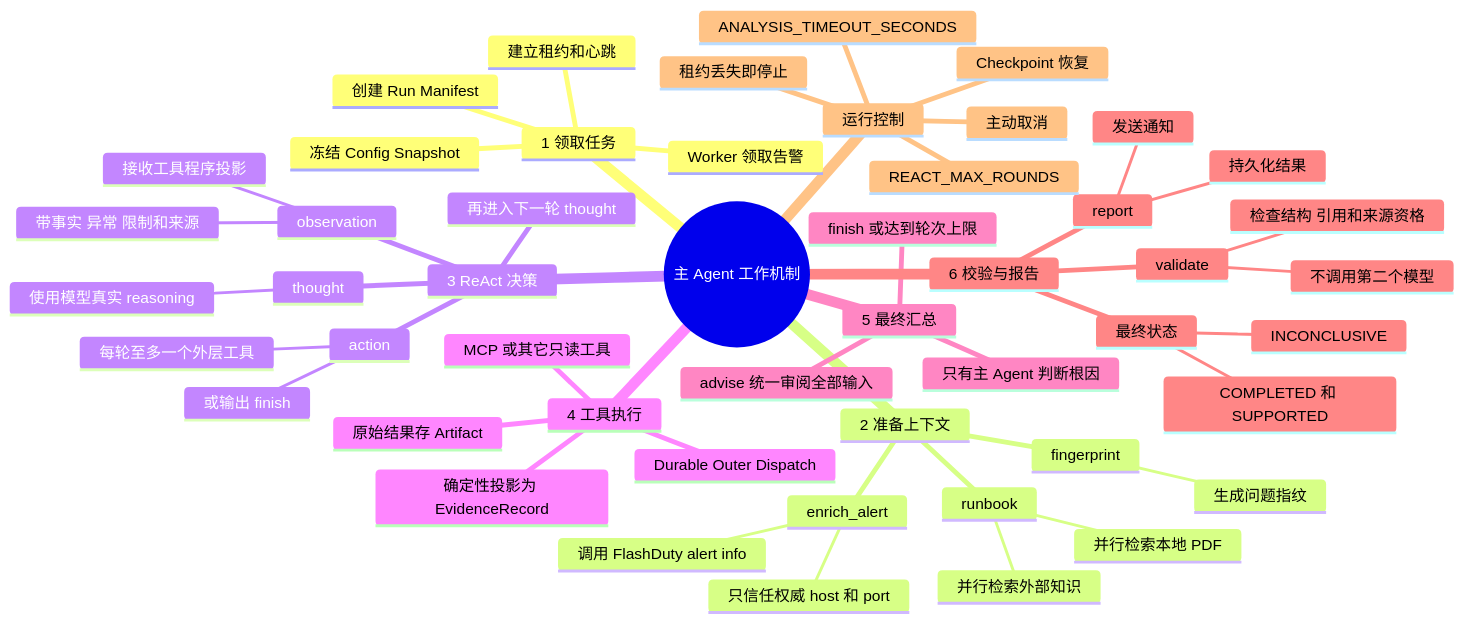
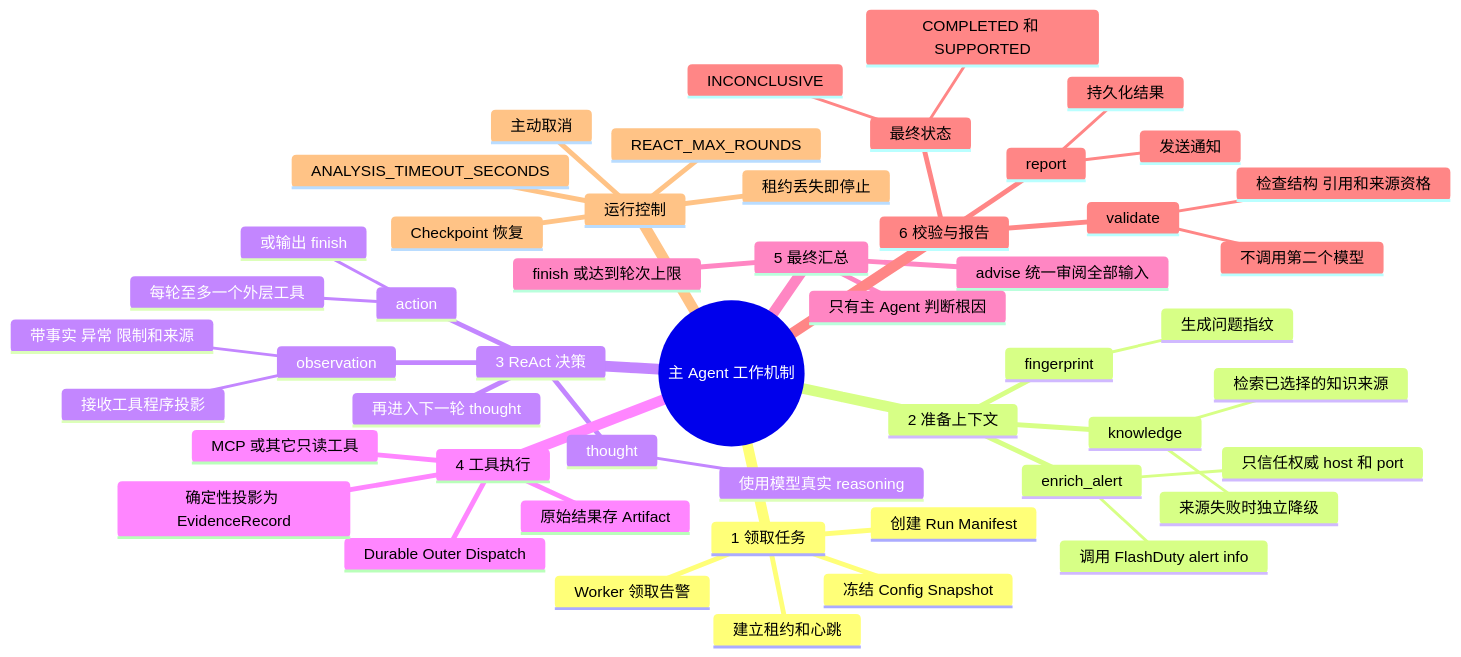
Before and after one commit to 180cmchn/Database-Alert-Agent: the second of 5 diagrams in docs/project-architecture.md, drawn with Mermaid. The commit also changed other lines of this file and 83 other files, not shown here.

````diff
--- a/docs/project-architecture.md
+++ b/docs/project-architecture.md
@@ -59,53 +59,53 @@
 ```mermaid
 mindmap
   root((主 Agent 工作机制))
     1 领取任务
       Worker 领取告警
       冻结 Config Snapshot
       创建 Run Manifest
       建立租约和心跳
     2 准备上下文
       enrich_alert
         调用 FlashDuty alert info
         只信任权威 host 和 port
       fingerprint
         生成问题指纹
-      runbook
-        并行检索本地 PDF
-        并行检索外部知识
+      knowledge
+        检索已选择的知识来源
+        来源失败时独立降级
     3 ReAct 决策
       thought
         使用模型真实 reasoning
       action
         每轮至多一个外层工具
         或输出 finish
       observation
         接收工具程序投影
         带事实 异常 限制和来源
       再进入下一轮 thought
     4 工具执行
       Durable Outer Dispatch
       MCP 或其它只读工具
       原始结果存 Artifact
       确定性投影为 EvidenceRecord
     5 最终汇总
       finish 或达到轮次上限
       advise 统一审阅全部输入
       只有主 Agent 判断根因
     6 校验与报告
       validate
         检查结构 引用和来源资格
         不调用第二个模型
       report
         持久化结果
         发送通知
       最终状态
         COMPLETED 和 SUPPORTED
         INCONCLUSIVE
     运行控制
       REACT_MAX_ROUNDS
       ANALYSIS_TIMEOUT_SECONDS
       主动取消
       Checkpoint 恢复
       租约丢失即停止
 ```
````
